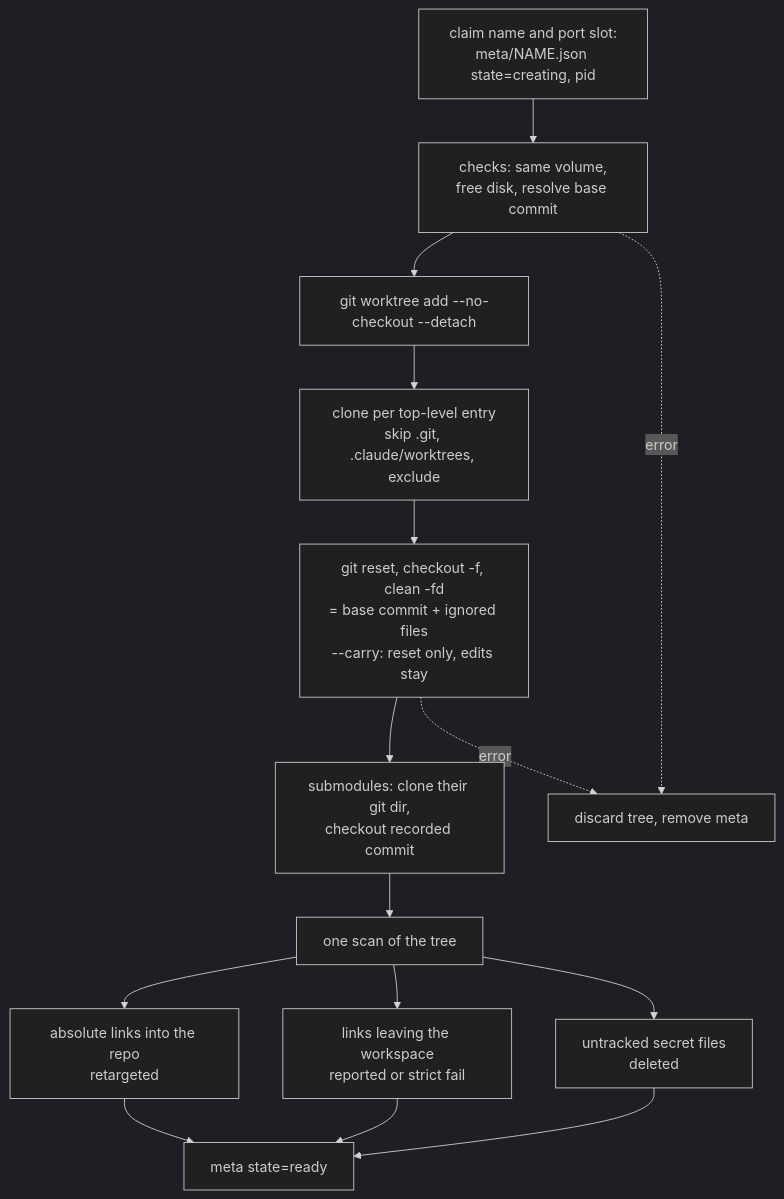
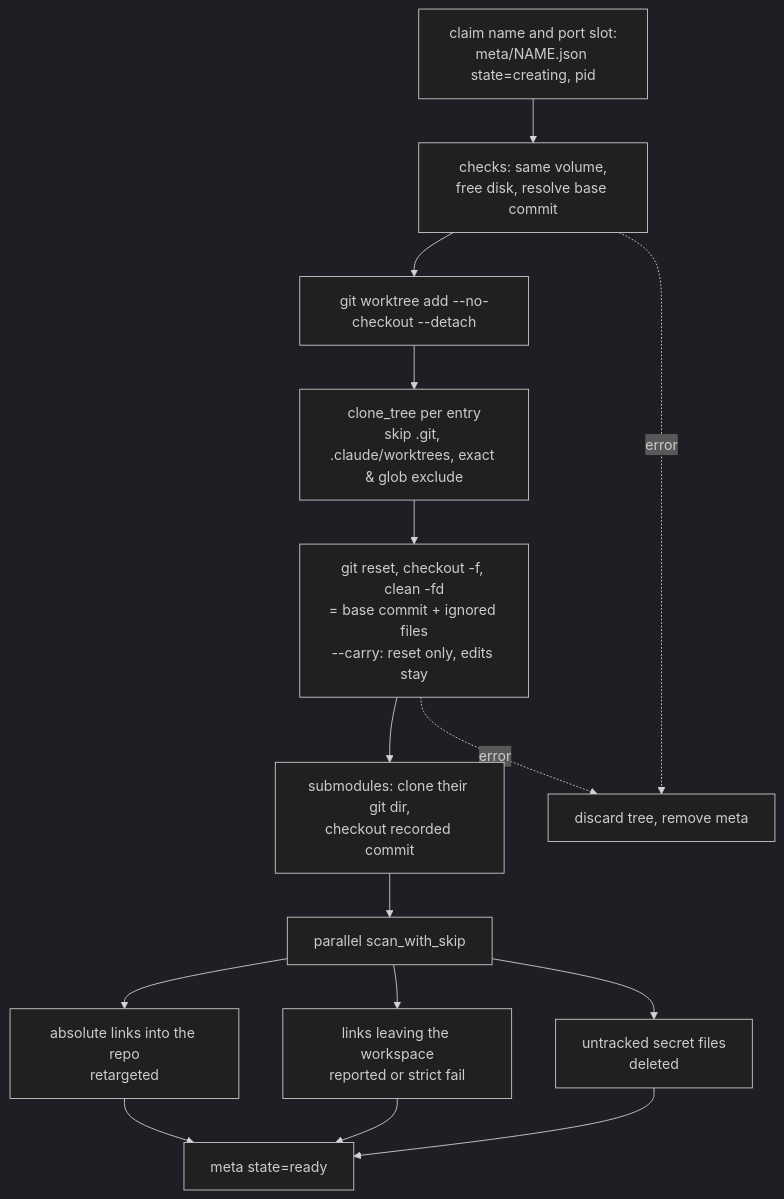
The second of 4 diagrams in docs/how-it-works.md (mendoanjoe/agent-ws), drawn with Mermaid (dark theme) before and after one commit. The commit also changed other lines of this file and 4 other files, not shown here.

````diff
--- a/docs/how-it-works.md
+++ b/docs/how-it-works.md
@@ -31,15 +33,15 @@
 ```mermaid
 flowchart TD
     A[claim name and port slot:<br/>meta/NAME.json state=creating, pid] --> B[checks: same volume,<br/>free disk, resolve base commit]
     B --> C[git worktree add --no-checkout --detach]
-    C --> D[clone per top-level entry<br/>skip .git, .claude/worktrees, exclude]
+    C --> D[clone_tree per entry<br/>skip .git, .claude/worktrees, exact & glob exclude]
     D --> E[git reset, checkout -f, clean -fd<br/>= base commit + ignored files<br/>--carry: reset only, edits stay]
     E --> E2[submodules: clone their git dir,<br/>checkout recorded commit]
-    E2 --> F[one scan of the tree]
+    E2 --> F[parallel scan_with_skip]
     F --> F1[absolute links into the repo<br/>retargeted]
     F --> F2[links leaving the workspace<br/>reported or strict fail]
     F --> F3[untracked secret files<br/>deleted]
     F1 & F2 & F3 --> G[meta state=ready]
     B -. error .-> Z[discard tree, remove meta]
     E -. error .-> Z
 ```
````
